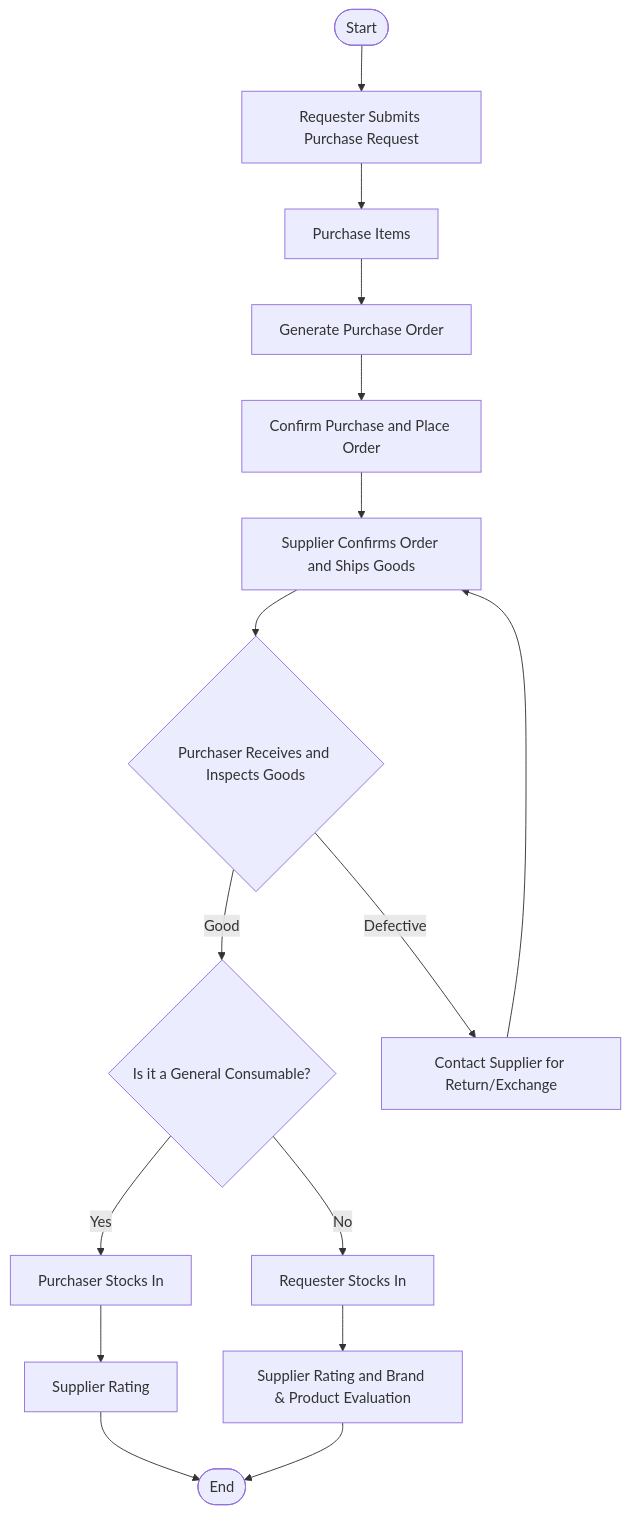
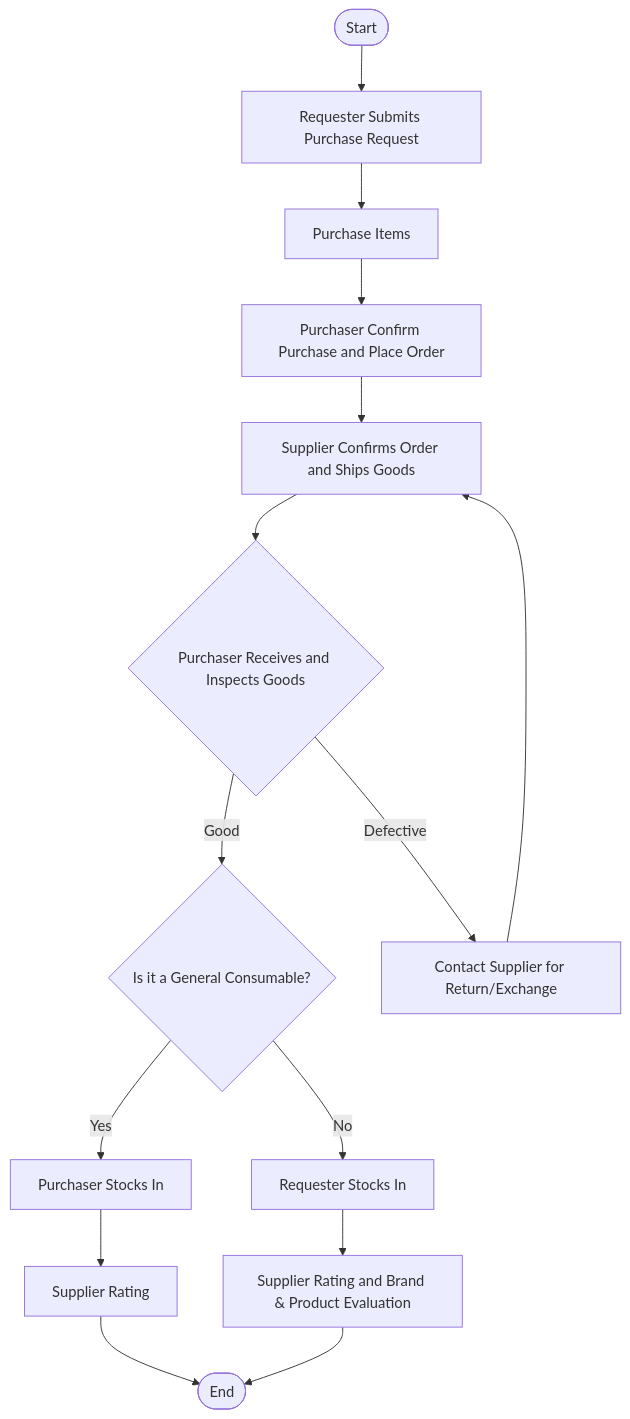
Before and after one commit to threekd/LLD_Material: the diagram in docs/flowchart.md, drawn with Mermaid. The commit also changed 1 other file, not shown here.

````diff
--- a/docs/flowchart.md
+++ b/docs/flowchart.md
@@ -5,17 +5,16 @@
 ```mermaid
 
 graph TD
     st([Start]) --> req_submit[Requester Submits Purchase Request]
     req_submit --> purchase_info[Purchase Items]
-    purchase_info --> gen_PO[Generate Purchase Order]
-    gen_PO --> confirm_order[Confirm Purchase and Place Order]
-    confirm_order --> supplier_confirm[Supplier Confirms Order and Ships Goods]
+    purchase_info --> gen_PO[Purchaser Confirm Purchase and Place Order]
+    gen_PO --> supplier_confirm[Supplier Confirms Order and Ships Goods]
     supplier_confirm --> receive_inspect{Purchaser Receives and Inspects Goods}
     receive_inspect -->|Good| item_category{Is it a General Consumable?}
     receive_inspect -->|Defective| item_return[Contact Supplier for Return/Exchange] --> supplier_confirm
     item_category -->|Yes| stock_cons[Purchaser Stocks In] --> Rating[Supplier Rating]
     Rating --> process_end([End of Process])
     item_category -->|No| stock_noncons[Requester Stocks In] --> Evaluation[Supplier Rating and Brand & Product Evaluation]
     Evaluation --> process_end([End])
 
 ```
````
